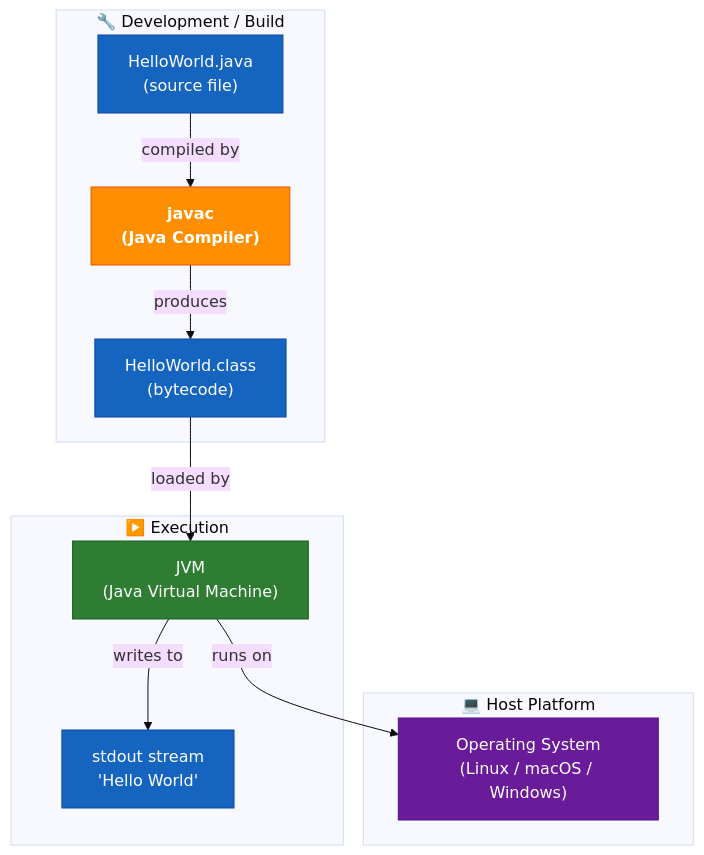
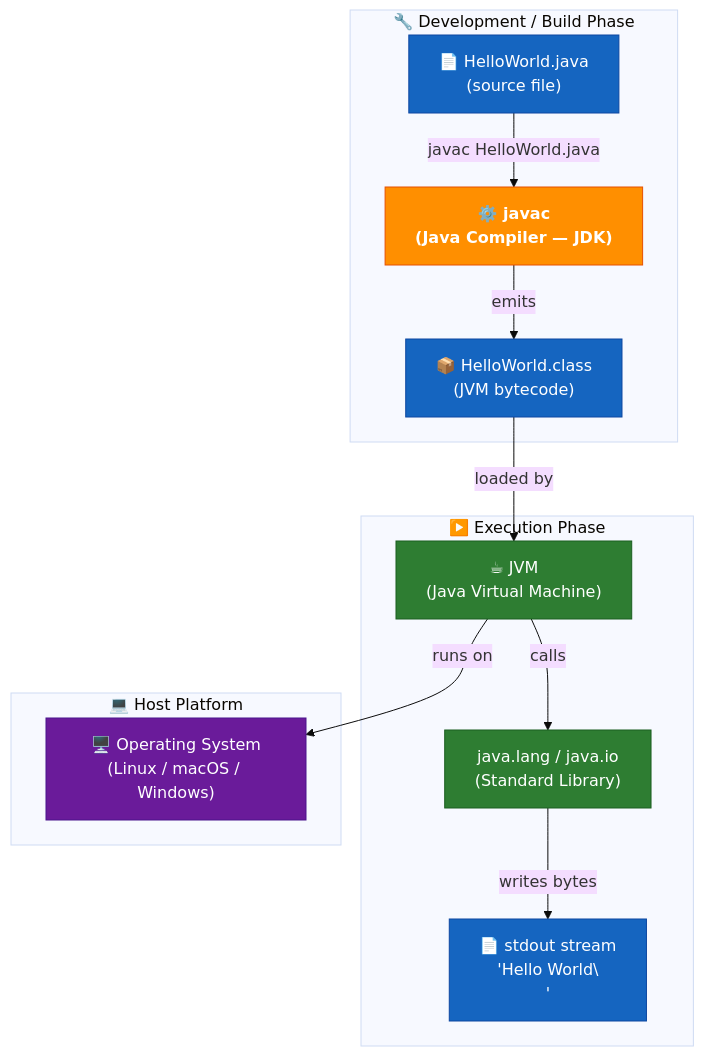
Before and after one commit to ktruchcz/copilot-test-ktruchcz: the third of 20 diagrams in arc42-documentation.md, drawn with Mermaid (base theme). The commit also changed other lines of this file, not shown here.

First line of the commit message:
Update arc42-documentation.md to v1.1.0 with enhanced content and new diagrams

````diff
--- a/arc42-documentation.md
+++ b/arc42-documentation.md
@@ -118,28 +161,30 @@
 ```mermaid
 graph TB
     classDef tool fill:#FF8F00,stroke:#E65100,color:#fff,font-weight:bold
     classDef artifact fill:#1565C0,stroke:#0D47A1,color:#fff
     classDef runtime fill:#2E7D32,stroke:#1B5E20,color:#fff
     classDef os fill:#6A1B9A,stroke:#4A148C,color:#fff
 
-    subgraph dev["🔧 Development / Build"]
-        src["HelloWorld.java\n(source file)"]:::artifact
-        javac["javac\n(Java Compiler)"]:::tool
-        class_file["HelloWorld.class\n(bytecode)"]:::artifact
+    subgraph dev["🔧 Development / Build Phase"]
+        src["📄 HelloWorld.java\n(source file)"]:::artifact
+        javac["⚙️ javac\n(Java Compiler — JDK)"]:::tool
+        class_file["📦 HelloWorld.class\n(JVM bytecode)"]:::artifact
     end
 
-    subgraph exec["▶️ Execution"]
-        jvm["JVM\n(Java Virtual Machine)"]:::runtime
-        stdout["stdout stream\n'Hello World'"]:::artifact
+    subgraph exec["▶️ Execution Phase"]
+        jvm["☕ JVM\n(Java Virtual Machine)"]:::runtime
+        stdlib["java.lang / java.io\n(Standard Library)"]:::runtime
+        stdout["📄 stdout stream\n'Hello World\\n'"]:::artifact
     end
 
     subgraph platform["💻 Host Platform"]
-        os["Operating System\n(Linux / macOS / Windows)"]:::os
+        os["🖥️ Operating System\n(Linux / macOS / Windows)"]:::os
     end
 
-    src -->|"compiled by"| javac
-    javac -->|"produces"| class_file
+    src -->|"javac HelloWorld.java"| javac
+    javac -->|"emits"| class_file
     class_file -->|"loaded by"| jvm
-    jvm -->|"writes to"| stdout
+    jvm -->|"calls"| stdlib
+    stdlib -->|"writes bytes"| stdout
     jvm -->|"runs on"| os
 ```
````
